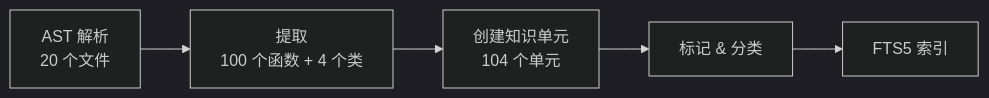
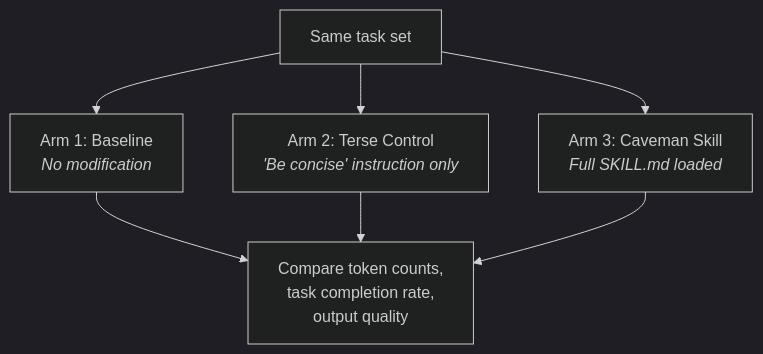
One commit to YoRHa-Agents/NineS changed the fifth of 8 diagrams in docs/showcase/caveman-analysis.zh.md. Above: the diagram before and after it, drawn with Mermaid (dark theme). The commit also changed other lines of this file and 14 other files, not shown here.

````diff
--- a/docs/showcase/caveman-analysis.zh.md
+++ b/docs/showcase/caveman-analysis.zh.md
@@ -159,7 +290,9 @@
 ```mermaid
-graph LR
-    A["AST 解析<br/>20 个文件"] --> B["提取<br/>100 个函数 + 4 个类"]
-    B --> C["创建知识单元<br/>104 个单元"]
-    C --> D["标记 & 分类"]
-    D --> E["FTS5 索引"]
+graph TD
+    A["Same task set"] --> B["Arm 1: Baseline<br/><i>No modification</i>"]
+    A --> C["Arm 2: Terse Control<br/><i>'Be concise' instruction only</i>"]
+    A --> D["Arm 3: Caveman Skill<br/><i>Full SKILL.md loaded</i>"]
+    B --> E["Compare token counts,<br/>task completion rate,<br/>output quality"]
+    C --> E
+    D --> E
 ```
````
